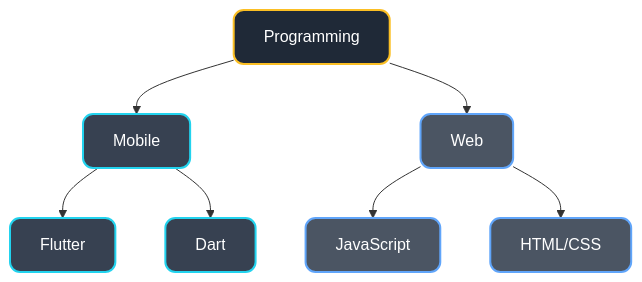
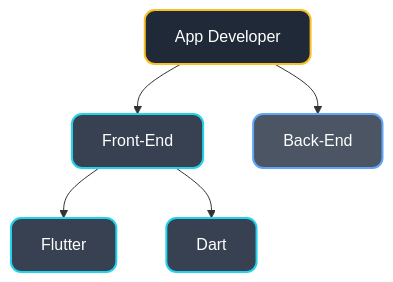
Before and after one commit to Raseelp/Raseelp: the first of 2 diagrams in README.md, drawn with Mermaid.

````diff
--- a/README.md
+++ b/README.md
@@ -28,29 +28,29 @@
 ```mermaid
 %% Note: This graph showcases my Technical Skills.  
 %% If it doesn't display, please view it on the GitHub website.
 graph TD
-    A[Programming] --> B[Mobile]
-    A --> C[Web]
+    A[App Developer] --> B[Front-End]
+    A --> C[Back-End]
    
     
     B --> B1[Flutter]
     B --> B2[Dart]
     
-    C --> C1[JavaScript]
-    C --> C2[HTML/CSS]
+    
+  
    
     
     
   
 
     classDef main fill:#1f2937,stroke:#fbbf24,stroke-width:2px,color:#ffffff,rx:10px,ry:10px;
     classDef mobile fill:#374151,stroke:#22d3ee,stroke-width:2px,color:#ffffff,rx:10px,ry:10px;
     classDef web fill:#4b5563,stroke:#60a5fa,stroke-width:2px,color:#ffffff,rx:10px,ry:10px;
     
 
     class A main;
     class B,B1,B2 mobile;
     class C,C1,C2,C3 web;
     
 
 ```
````
